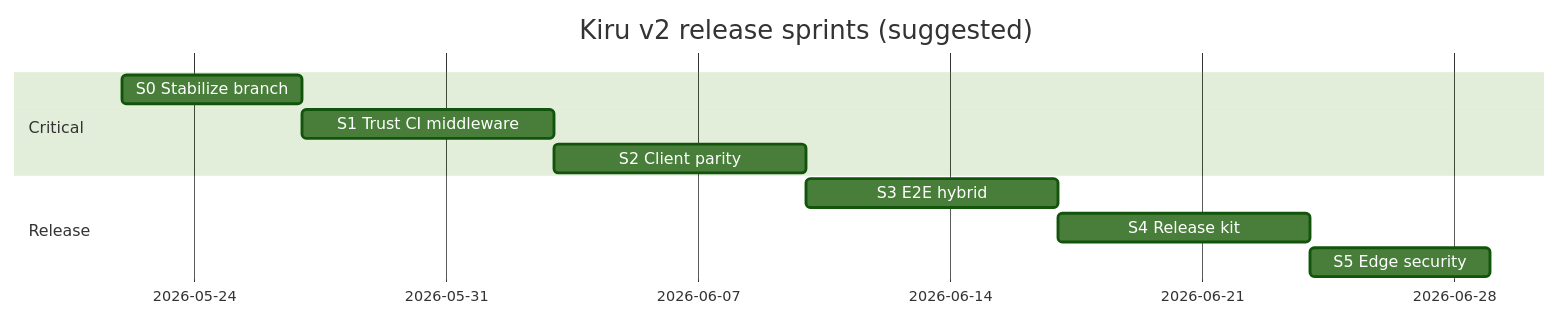
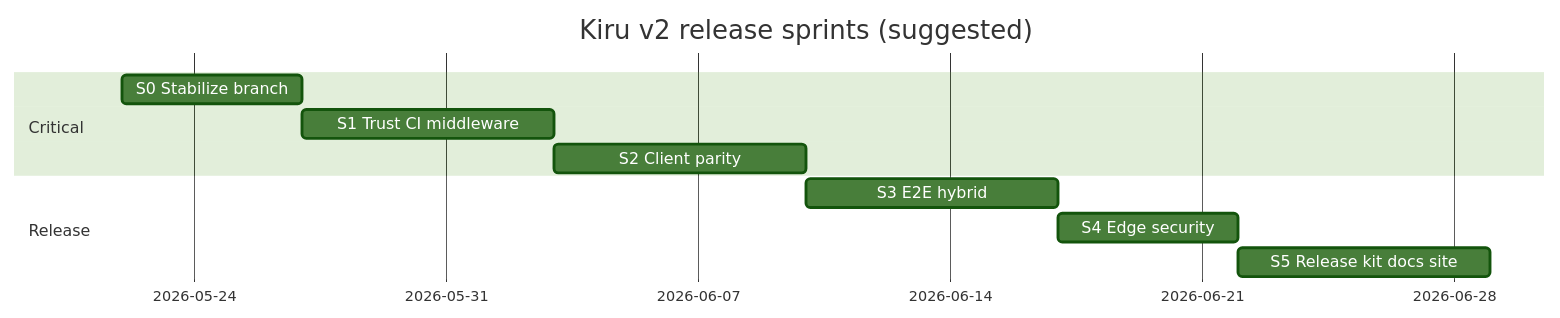
One commit to kirujs/kiru changed the diagram in docs/v2/18-release-sprint-todos.md. Above: the diagram before and after it, drawn with Mermaid (forest theme). The commit also changed other lines of this file and 14 other files, not shown here.

````diff
--- a/docs/v2/18-release-sprint-todos.md
+++ b/docs/v2/18-release-sprint-todos.md
@@ -34,13 +36,13 @@
 ```mermaid
 gantt
   title Kiru v2 release sprints (suggested)
   dateFormat YYYY-MM-DD
   section Critical
   S0 Stabilize branch     :s0, 2026-05-22, 5d
   S1 Trust CI middleware  :s1, after s0, 7d
   S2 Client parity          :s2, after s1, 7d
   section Release
   S3 E2E hybrid             :s3, after s2, 7d
-  S4 Release kit            :s4, after s3, 7d
-  S5 Edge security          :s5, after s4, 5d
+  S4 Edge security          :s4, after s3, 5d
+  S5 Release kit docs site  :s5, after s4, 7d
 ```
````
